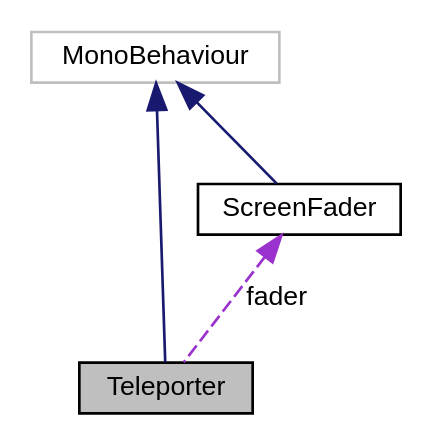
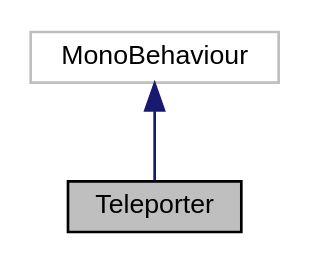
One commit to pet-informatica/pet-informatica.github.io changed the diagram in cinquest/documentation/class_teleporter__coll__graph.dot. Above: the diagram before and after it, drawn with Graphviz. The commit also changed 2401 other files, not shown here.

```diff
--- a/cinquest/documentation/class_teleporter__coll__graph.dot
+++ b/cinquest/documentation/class_teleporter__coll__graph.dot
@@ -1,11 +1,8 @@
 digraph "Teleporter"
 {
   edge [fontname="Helvetica",fontsize="10",labelfontname="Helvetica",labelfontsize="10"];
   node [fontname="Helvetica",fontsize="10",shape=record];
-  Node1 [label="Teleporter",height=0.2,width=0.4,color="black", fillcolor="grey75", style="filled", fontcolor="black"];
-  Node2 -> Node1 [dir="back",color="midnightblue",fontsize="10",style="solid",fontname="Helvetica"];
-  Node2 [label="MonoBehaviour",height=0.2,width=0.4,color="grey75", fillcolor="white", style="filled"];
-  Node3 -> Node1 [dir="back",color="darkorchid3",fontsize="10",style="dashed",label=" fader" ,fontname="Helvetica"];
-  Node3 [label="ScreenFader",height=0.2,width=0.4,color="black", fillcolor="white", style="filled",URL="$class_screen_fader.html",tooltip="Developed by: Higor (hcmb) ScreenFader can be used for fading the screen in/out whenever needed..."];
-  Node2 -> Node3 [dir="back",color="midnightblue",fontsize="10",style="solid",fontname="Helvetica"];
+  Node2 [label="Teleporter",height=0.2,width=0.4,color="black", fillcolor="grey75", style="filled", fontcolor="black"];
+  Node3 -> Node2 [dir="back",color="midnightblue",fontsize="10",style="solid",fontname="Helvetica"];
+  Node3 [label="MonoBehaviour",height=0.2,width=0.4,color="grey75", fillcolor="white", style="filled"];
 }
```
